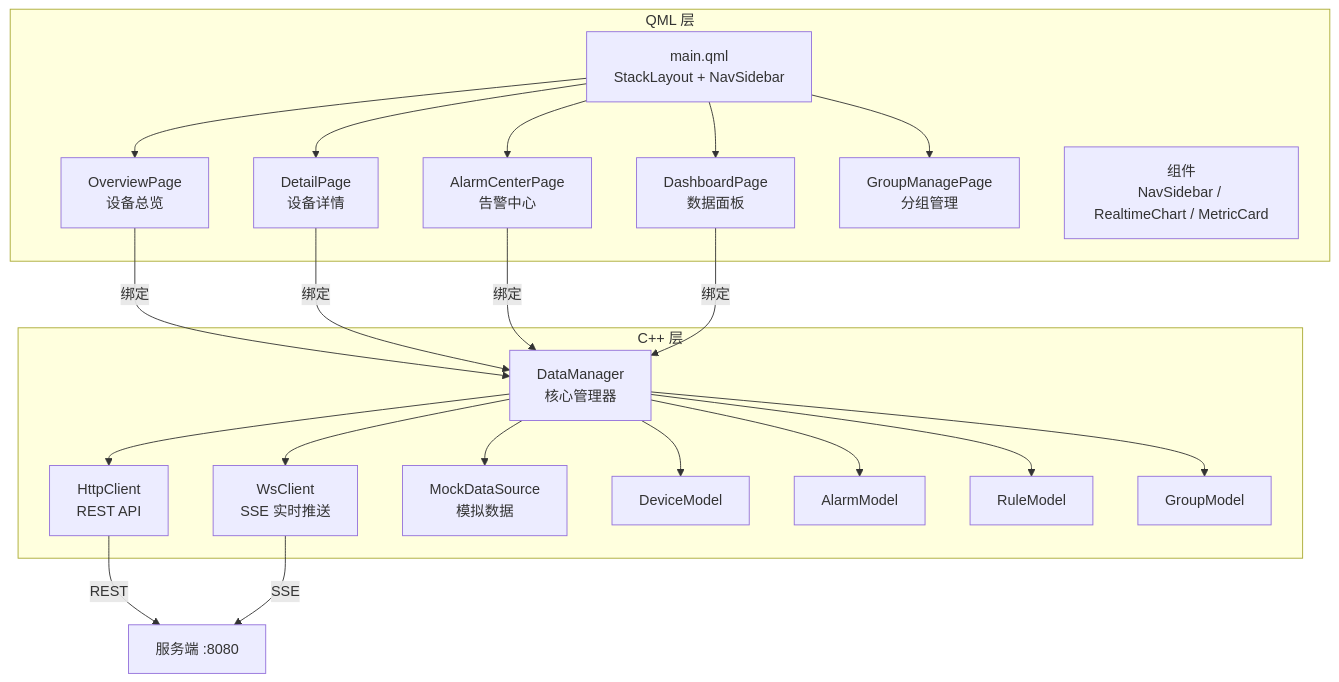
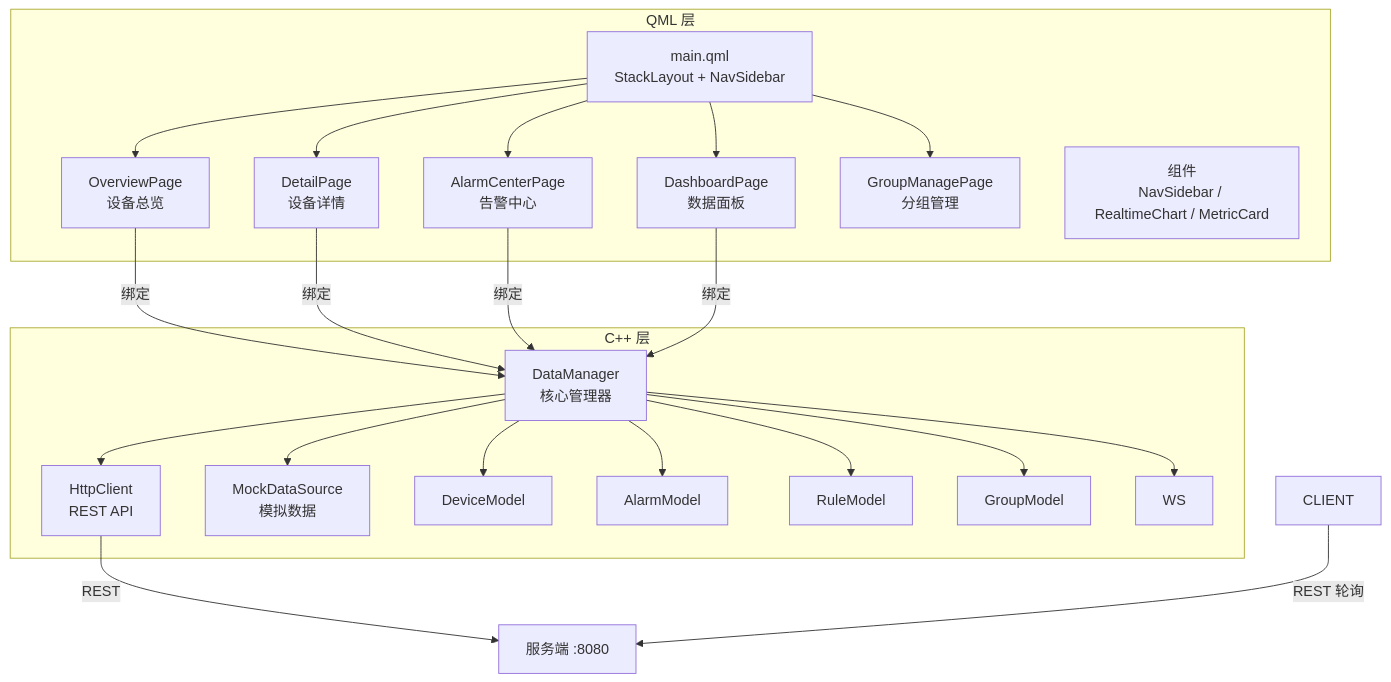
The sixth of 8 diagrams in docs/E2_架构图集.md (Lab0x-Embedded/iotsystem), drawn with Mermaid before and after one commit. The commit also changed other lines of this file and 6 other files, not shown here.

Commit message:
docs: 全量对齐当前实现 — MQTT 协议 v3(白名单/OneJSON/踢线/QoS1)、API 补 product/prop_*/query_latest、ER 补 product_properties、技术方案与架构图集移除虚构 SSE、新增 KNOWN_ISSUES 审计清单

````diff
--- a/docs/E2_架构图集.md
+++ b/docs/E2_架构图集.md
@@ -196,30 +193,29 @@
 ```mermaid
 graph TB
     subgraph QML["QML 层"]
         MAIN_QML["main.qml<br/>StackLayout + NavSidebar"]
         P_OVERVIEW["OverviewPage<br/>设备总览"]
         P_DETAIL["DetailPage<br/>设备详情"]
         P_ALARM["AlarmCenterPage<br/>告警中心"]
         P_DASH["DashboardPage<br/>数据面板"]
         P_GRP["GroupManagePage<br/>分组管理"]
         COMP["组件<br/>NavSidebar / RealtimeChart / MetricCard"]
         MAIN_QML --> P_OVERVIEW & P_DETAIL & P_ALARM & P_DASH & P_GRP
     end
 
     subgraph CPP["C++ 层"]
         DM["DataManager<br/>核心管理器"]
         HTTP["HttpClient<br/>REST API"]
-        WS["WsClient<br/>SSE 实时推送"]
         MOCK["MockDataSource<br/>模拟数据"]
         M_DEV["DeviceModel"]
         M_ALARM["AlarmModel"]
         M_RULE["RuleModel"]
         M_GRP["GroupModel"]
         DM --> HTTP & WS & MOCK
         DM --> M_DEV & M_ALARM & M_RULE & M_GRP
     end
 
     P_OVERVIEW & P_DETAIL & P_ALARM & P_DASH -->|"绑定"| DM
     HTTP -->|"REST"| SERVER["服务端 :8080"]
-    WS -->|"SSE"| SERVER
+    CLIENT -->|"REST 轮询"| SERVER
 ```
````
